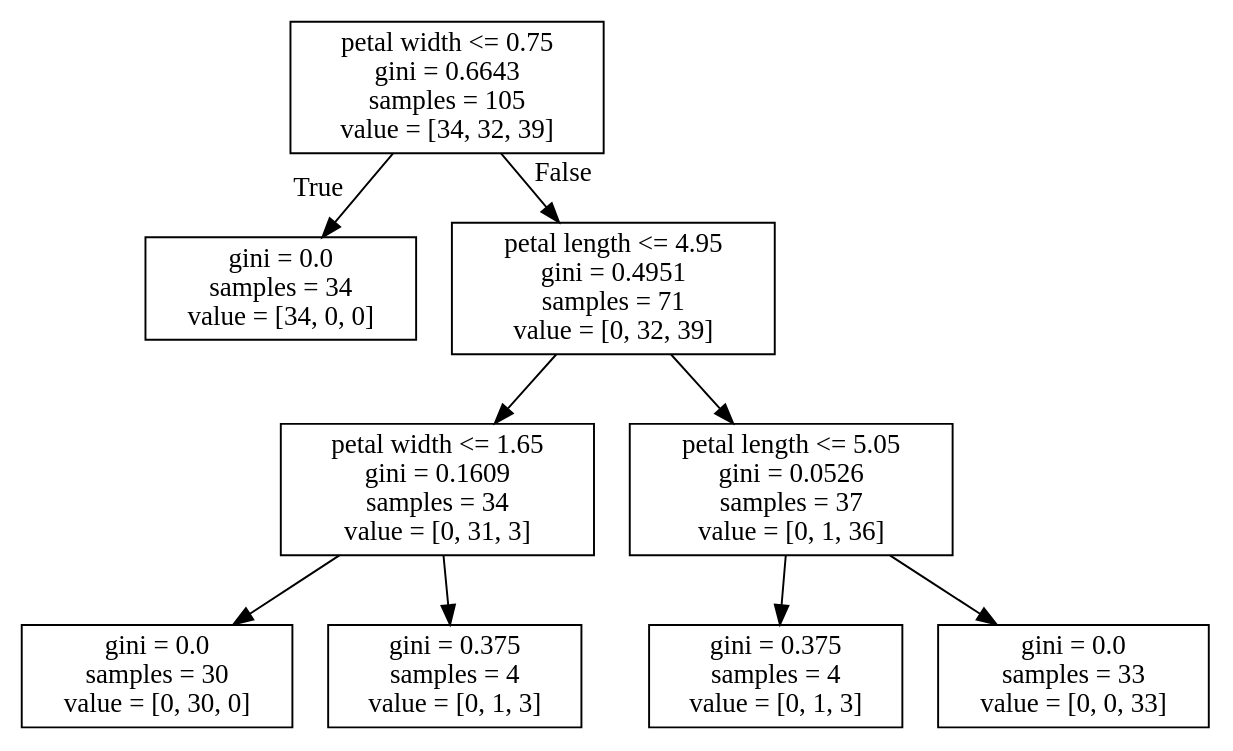
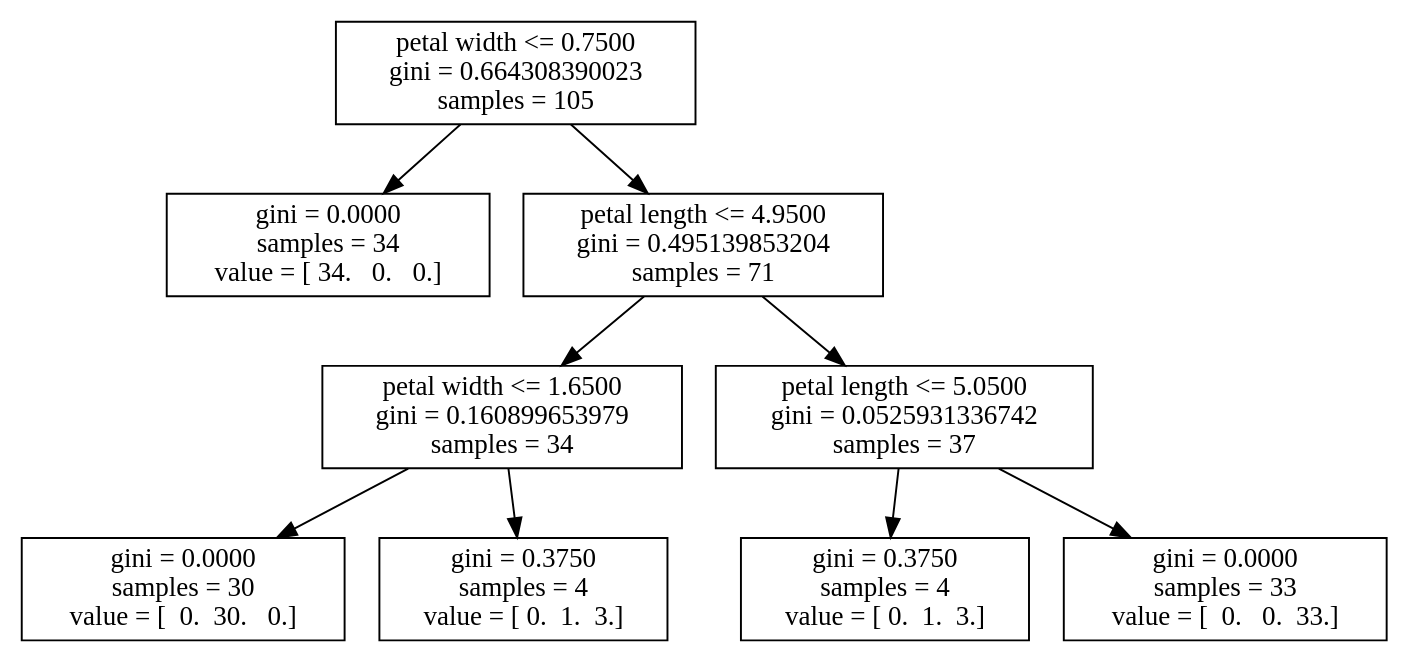
The diagram in tree.dot (tsuruchan/introduction_to_machine_learning), drawn with Graphviz before and after one commit. The commit also changed 9 other files, not shown here.

```diff
--- a/tree.dot
+++ b/tree.dot
@@ -1,20 +1,19 @@
 digraph Tree {
-node [shape=box] ;
-0 [label="petal width <= 0.75\ngini = 0.6643\nsamples = 105\nvalue = [34, 32, 39]"] ;
-1 [label="gini = 0.0\nsamples = 34\nvalue = [34, 0, 0]"] ;
-0 -> 1 [labeldistance=2.5, labelangle=45, headlabel="True"] ;
-2 [label="petal length <= 4.95\ngini = 0.4951\nsamples = 71\nvalue = [0, 32, 39]"] ;
-0 -> 2 [labeldistance=2.5, labelangle=-45, headlabel="False"] ;
-3 [label="petal width <= 1.65\ngini = 0.1609\nsamples = 34\nvalue = [0, 31, 3]"] ;
+0 [label="petal width <= 0.7500\ngini = 0.664308390023\nsamples = 105", shape="box"] ;
+1 [label="gini = 0.0000\nsamples = 34\nvalue = [ 34.   0.   0.]", shape="box"] ;
+0 -> 1 ;
+2 [label="petal length <= 4.9500\ngini = 0.495139853204\nsamples = 71", shape="box"] ;
+0 -> 2 ;
+3 [label="petal width <= 1.6500\ngini = 0.160899653979\nsamples = 34", shape="box"] ;
 2 -> 3 ;
-4 [label="gini = 0.0\nsamples = 30\nvalue = [0, 30, 0]"] ;
+4 [label="gini = 0.0000\nsamples = 30\nvalue = [  0.  30.   0.]", shape="box"] ;
 3 -> 4 ;
-5 [label="gini = 0.375\nsamples = 4\nvalue = [0, 1, 3]"] ;
+5 [label="gini = 0.3750\nsamples = 4\nvalue = [ 0.  1.  3.]", shape="box"] ;
 3 -> 5 ;
-6 [label="petal length <= 5.05\ngini = 0.0526\nsamples = 37\nvalue = [0, 1, 36]"] ;
+6 [label="petal length <= 5.0500\ngini = 0.0525931336742\nsamples = 37", shape="box"] ;
 2 -> 6 ;
-7 [label="gini = 0.375\nsamples = 4\nvalue = [0, 1, 3]"] ;
+7 [label="gini = 0.3750\nsamples = 4\nvalue = [ 0.  1.  3.]", shape="box"] ;
 6 -> 7 ;
-8 [label="gini = 0.0\nsamples = 33\nvalue = [0, 0, 33]"] ;
+8 [label="gini = 0.0000\nsamples = 33\nvalue = [  0.   0.  33.]", shape="box"] ;
 6 -> 8 ;
 }
```
